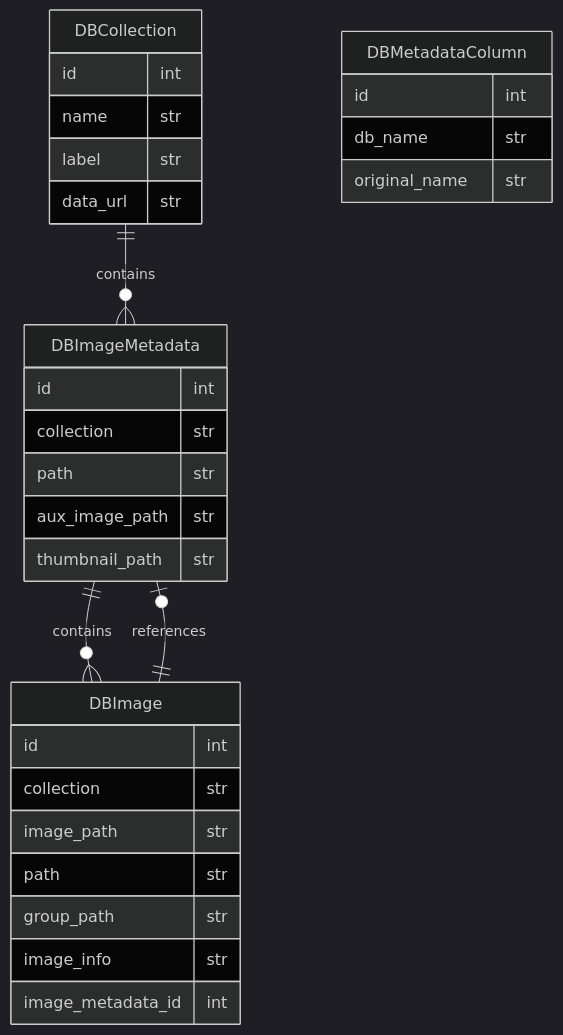
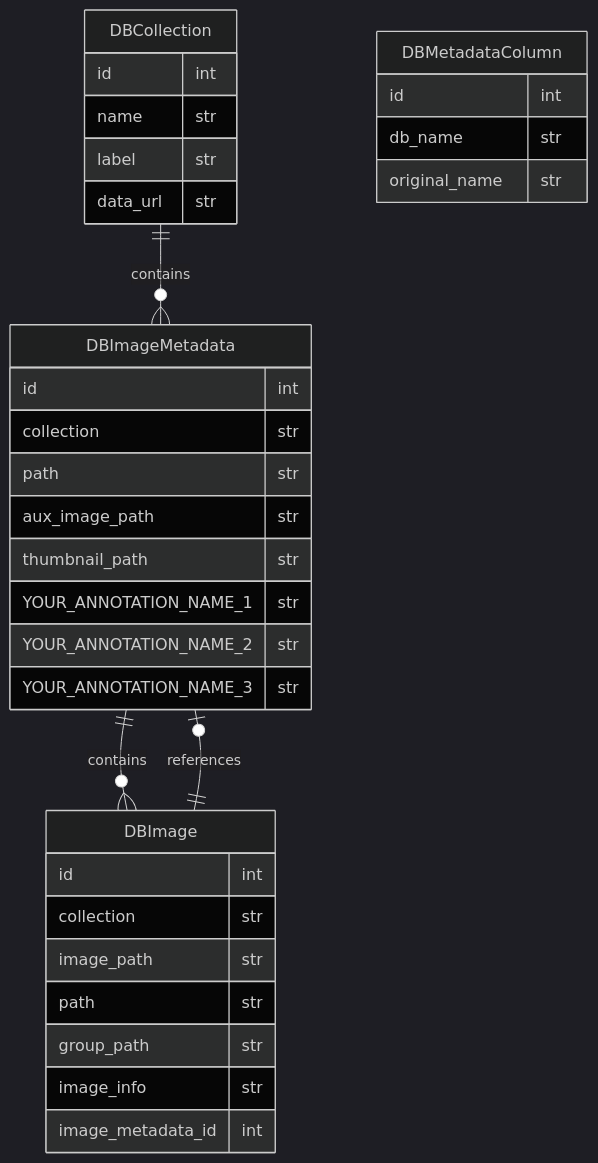
Before and after one commit to JaneliaSciComp/zarrcade: the second of 2 diagrams in docs/Overview.md, drawn with Mermaid (dark theme). The commit also changed other lines of this file and 2 other files, not shown here.

````diff
--- a/docs/Overview.md
+++ b/docs/Overview.md
@@ -51,38 +73,41 @@
 ```mermaid
 erDiagram
 DBCollection {
     id int
     name str
     label str
     data_url str
 }
 
 DBMetadataColumn {
     id int
     db_name str
     original_name str
 }
 
 DBImageMetadata {
     id int
     collection str
     path str
     aux_image_path str
     thumbnail_path str
+    YOUR_ANNOTATION_NAME_1 str
+    YOUR_ANNOTATION_NAME_2 str
+    YOUR_ANNOTATION_NAME_3 str
 }
 
 DBImage {
     id int
     collection str
     image_path str
     path str
     group_path str
     image_info str
     image_metadata_id int
 }
 
 DBCollection ||--o{ DBImageMetadata : contains
 DBImageMetadata ||--o{ DBImage : contains
 DBImage ||--o| DBImageMetadata : references
 
 ```
````
